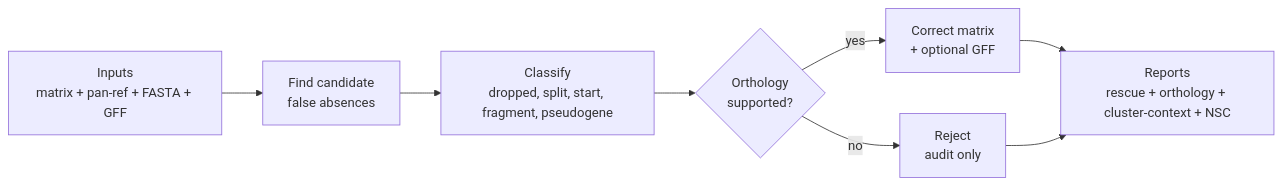
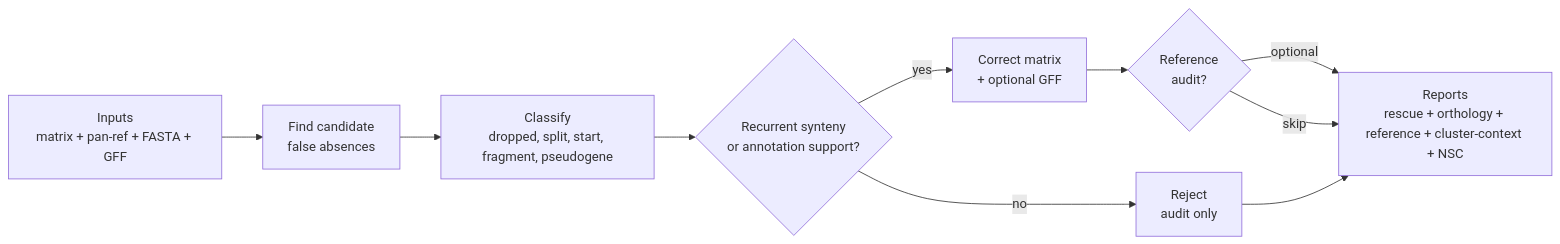
Before and after one commit to PathoGenOmics-Lab/recore: the diagram in README.md, drawn with Mermaid. The commit also changed other lines of this file and 7 other files, not shown here.

Commit message:
Add reference audit and recurrent synteny validation

````diff
--- a/README.md
+++ b/README.md
@@ -28,11 +29,13 @@
 ```mermaid
 flowchart LR
     A["Inputs<br/>matrix + pan-ref + FASTA + GFF"] --> B["Find candidate<br/>false absences"]
     B --> C["Classify<br/>dropped, split, start, fragment, pseudogene"]
-    C --> D{"Orthology<br/>supported?"}
+    C --> D{"Recurrent synteny<br/>or annotation support?"}
     D -->|yes| E["Correct matrix<br/>+ optional GFF"]
     D -->|no| F["Reject<br/>audit only"]
-    E --> G["Reports"]
+    E --> H{"Reference<br/>audit?"}
+    H -->|optional| G["Reports"]
+    H -->|skip| G
     F --> G
-    G["Reports<br/>rescue + orthology + cluster-context + NSC"]
+    G["Reports<br/>rescue + orthology + reference + cluster-context + NSC"]
 ```
````
